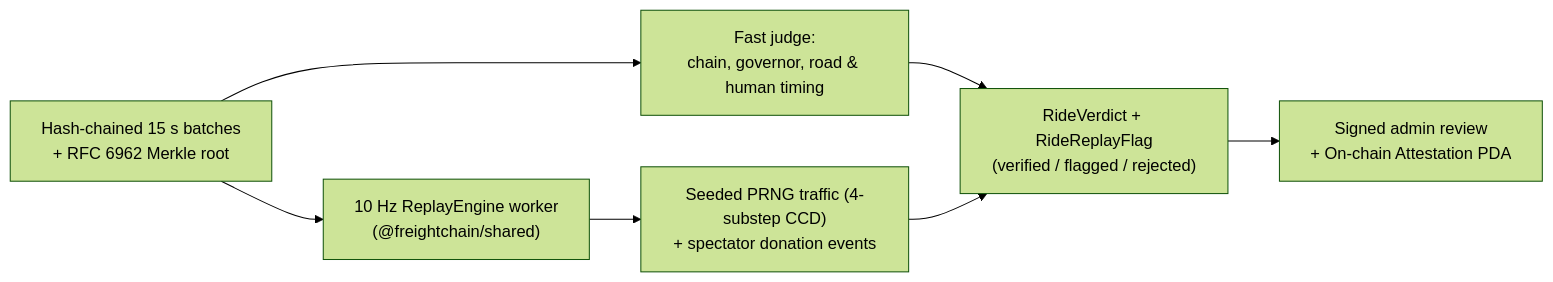
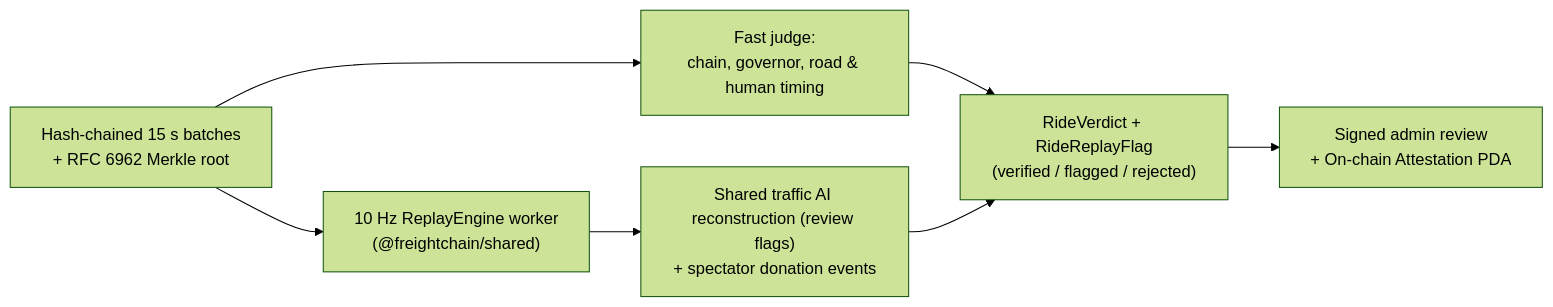
Before and after one commit to recferret-bit/freightchain: the third of 7 diagrams in README.md, drawn with Mermaid (forest theme). The commit also changed other lines of this file and 91 other files, not shown here.

First line of the commit message:
Verify rides with shared traffic simulation and required frame proofs

````diff
--- a/README.md
+++ b/README.md
@@ -330,9 +330,9 @@
 ```mermaid
 flowchart LR
   batches["Hash-chained 15 s batches<br/>+ RFC 6962 Merkle root"] --> bounds["Fast judge:<br/>chain, governor, road & human timing"]
   batches --> replay["10 Hz ReplayEngine worker<br/>(@freightchain/shared)"]
-  replay --> corr["Seeded PRNG traffic (4-substep CCD)<br/>+ spectator donation events"]
+  replay --> corr["Shared traffic AI reconstruction (review flags)<br/>+ spectator donation events"]
   bounds --> verdict["RideVerdict + RideReplayFlag<br/>(verified / flagged / rejected)"]
   corr --> verdict
   verdict --> person["Signed admin review<br/>+ On-chain Attestation PDA"]
 ```
````
